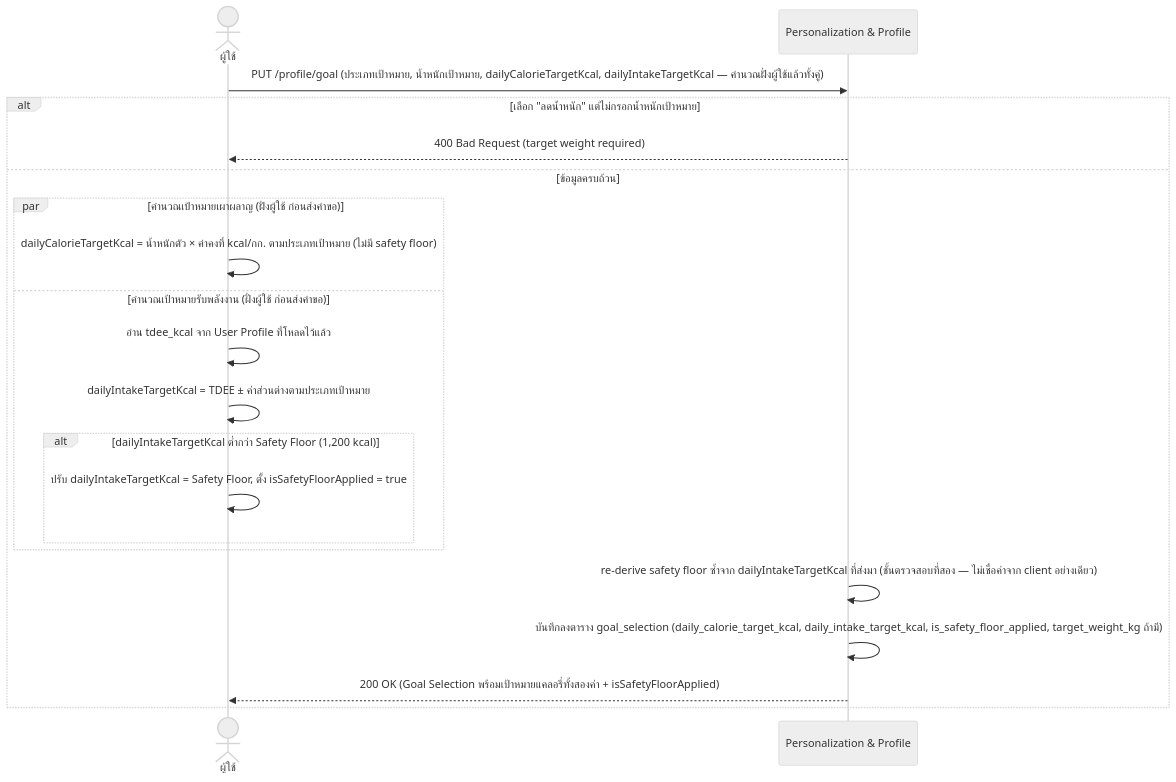
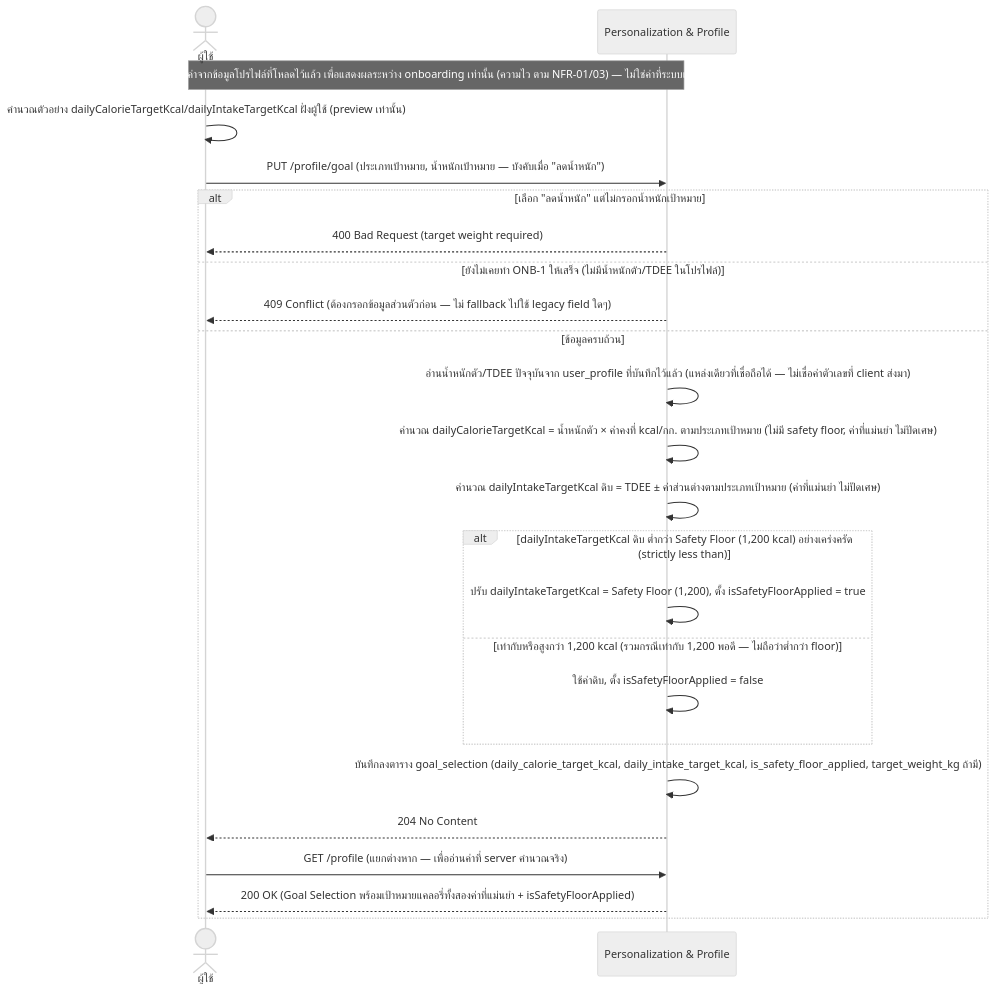
Before and after one commit to Kikofah/smartFit_daily: the sixth of 6 diagrams in docs/02-design/02-technical/detailed-design/01-onboarding-personalization.md, drawn with Mermaid (neutral theme). The commit also changed other lines of this file and 17 other files, not shown here.

````diff
--- a/docs/02-design/02-technical/detailed-design/01-onboarding-personalization.md
+++ b/docs/02-design/02-technical/detailed-design/01-onboarding-personalization.md
@@ -264,22 +299,26 @@
 ```mermaid
 sequenceDiagram
     actor U as ผู้ใช้
     participant PP as Personalization & Profile
-    U->>PP: PUT /profile/goal (ประเภทเป้าหมาย, น้ำหนักเป้าหมาย, dailyCalorieTargetKcal, dailyIntakeTargetKcal — คำนวณฝั่งผู้ใช้แล้วทั้งคู่)
+    Note over U,PP: Client คำนวณตัวอย่าง (preview) ทั้งสองค่าจากข้อมูลโปรไฟล์ที่โหลดไว้แล้ว เพื่อแสดงผลระหว่าง onboarding เท่านั้น (ความไว ตาม NFR-01/03) — ไม่ใช่ค่าที่ระบบเก็บเป็นทางการอีกต่อไป (แก้ 2026-09-25)
+    U->>U: คำนวณตัวอย่าง dailyCalorieTargetKcal/dailyIntakeTargetKcal ฝั่งผู้ใช้ (preview เท่านั้น)
+    U->>PP: PUT /profile/goal (ประเภทเป้าหมาย, น้ำหนักเป้าหมาย — บังคับเมื่อ "ลดน้ำหนัก")
     alt เลือก "ลดน้ำหนัก" แต่ไม่กรอกน้ำหนักเป้าหมาย
         PP-->>U: 400 Bad Request (target weight required)
+    else ยังไม่เคยทำ ONB-1 ให้เสร็จ (ไม่มีน้ำหนักตัว/TDEE ในโปรไฟล์)
+        PP-->>U: 409 Conflict (ต้องกรอกข้อมูลส่วนตัวก่อน — ไม่ fallback ไปใช้ legacy field ใดๆ)
     else ข้อมูลครบถ้วน
-        par คำนวณเป้าหมายเผาผลาญ (ฝั่งผู้ใช้ ก่อนส่งคำขอ)
-            U->>U: dailyCalorieTargetKcal = น้ำหนักตัว × ค่าคงที่ kcal/กก. ตามประเภทเป้าหมาย (ไม่มี safety floor)
-        and คำนวณเป้าหมายรับพลังงาน (ฝั่งผู้ใช้ ก่อนส่งคำขอ)
-            U->>U: อ่าน tdee_kcal จาก User Profile ที่โหลดไว้แล้ว
-            U->>U: dailyIntakeTargetKcal = TDEE ± ค่าส่วนต่างตามประเภทเป้าหมาย
-            alt dailyIntakeTargetKcal ต่ำกว่า Safety Floor (1,200 kcal)
-                U->>U: ปรับ dailyIntakeTargetKcal = Safety Floor, ตั้ง isSafetyFloorApplied = true
-            end
+        PP->>PP: อ่านน้ำหนักตัว/TDEE ปัจจุบันจาก user_profile ที่บันทึกไว้แล้ว (แหล่งเดียวที่เชื่อถือได้ — ไม่เชื่อค่าตัวเลขที่ client ส่งมา)
+        PP->>PP: คำนวณ dailyCalorieTargetKcal = น้ำหนักตัว × ค่าคงที่ kcal/กก. ตามประเภทเป้าหมาย (ไม่มี safety floor, ค่าที่แม่นยำ ไม่ปัดเศษ)
+        PP->>PP: คำนวณ dailyIntakeTargetKcal ดิบ = TDEE ± ค่าส่วนต่างตามประเภทเป้าหมาย (ค่าที่แม่นยำ ไม่ปัดเศษ)
+        alt dailyIntakeTargetKcal ดิบ ต่ำกว่า Safety Floor (1,200 kcal) อย่างเคร่งครัด (strictly less than)
+            PP->>PP: ปรับ dailyIntakeTargetKcal = Safety Floor (1,200), ตั้ง isSafetyFloorApplied = true
+        else เท่ากับหรือสูงกว่า 1,200 kcal (รวมกรณีเท่ากับ 1,200 พอดี — ไม่ถือว่าต่ำกว่า floor)
+            PP->>PP: ใช้ค่าดิบ, ตั้ง isSafetyFloorApplied = false
         end
-        PP->>PP: re-derive safety floor ซ้ำจาก dailyIntakeTargetKcal ที่ส่งมา (ชั้นตรวจสอบที่สอง — ไม่เชื่อค่าจาก client อย่างเดียว)
         PP->>PP: บันทึกลงตาราง goal_selection (daily_calorie_target_kcal, daily_intake_target_kcal, is_safety_floor_applied, target_weight_kg ถ้ามี)
-        PP-->>U: 200 OK (Goal Selection พร้อมเป้าหมายแคลอรี่ทั้งสองค่า + isSafetyFloorApplied)
+        PP-->>U: 204 No Content
+        U->>PP: GET /profile (แยกต่างหาก — เพื่ออ่านค่าที่ server คำนวณจริง)
+        PP-->>U: 200 OK (Goal Selection พร้อมเป้าหมายแคลอรี่ทั้งสองค่าที่แม่นยำ + isSafetyFloorApplied)
     end
 ```
````
